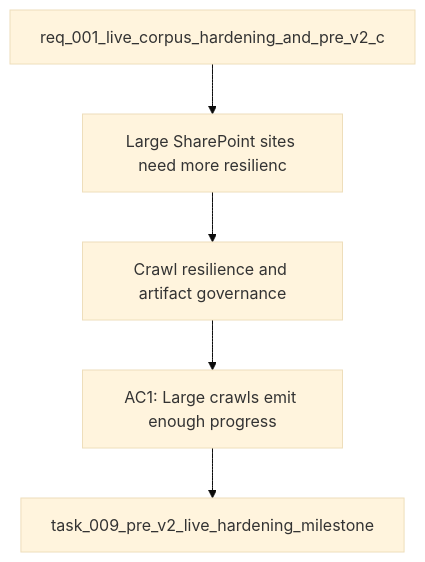
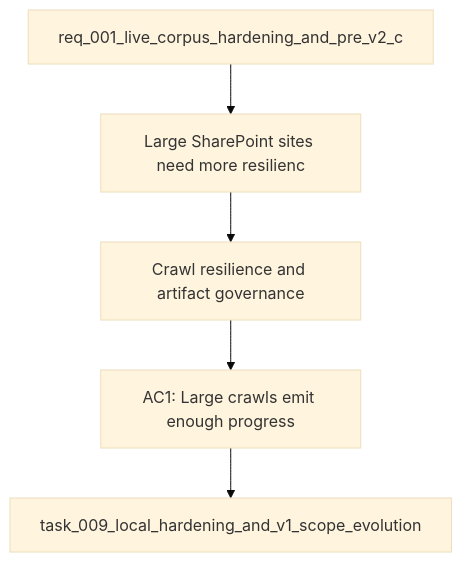
The diagram in logics/backlog/item_017_v1_crawl_resilience_and_artifact_governance.md (AlexAgo83/deepvault), drawn with Mermaid (base theme) before and after one commit. The commit also changed other lines of this file and 5 other files, not shown here.

````diff
--- a/logics/backlog/item_017_v1_crawl_resilience_and_artifact_governance.md
+++ b/logics/backlog/item_017_v1_crawl_resilience_and_artifact_governance.md
@@ -21,9 +21,9 @@
 ```mermaid
 %% logics-kind: backlog
 %% logics-signature: backlog|v1-crawl-resilience-and-artifact-governa|req-001-v1-local-hardening-and-scope-evo|large-sharepoint-sites-need-more-resilie|ac1-large-crawls-emit-enough-progress
 flowchart TD
     Request[req_001_live_corpus_hardening_and_pre_v2_c] --> Problem[Large SharePoint sites need more resilienc]
     Problem --> Scope[Crawl resilience and artifact governance]
     Scope --> Acceptance[AC1: Large crawls emit enough progress]
-    Acceptance --> Tasks[task_009_pre_v2_live_hardening_milestone]
+    Acceptance --> Tasks[task_009_local_hardening_and_v1_scope_evolution]
 ```
````
